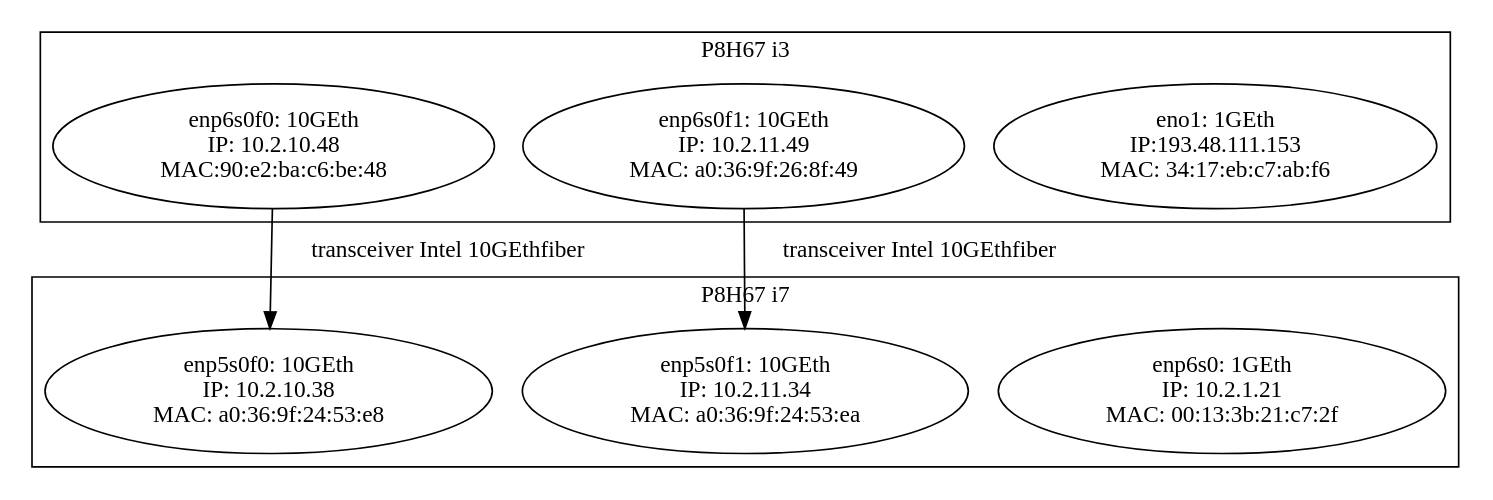
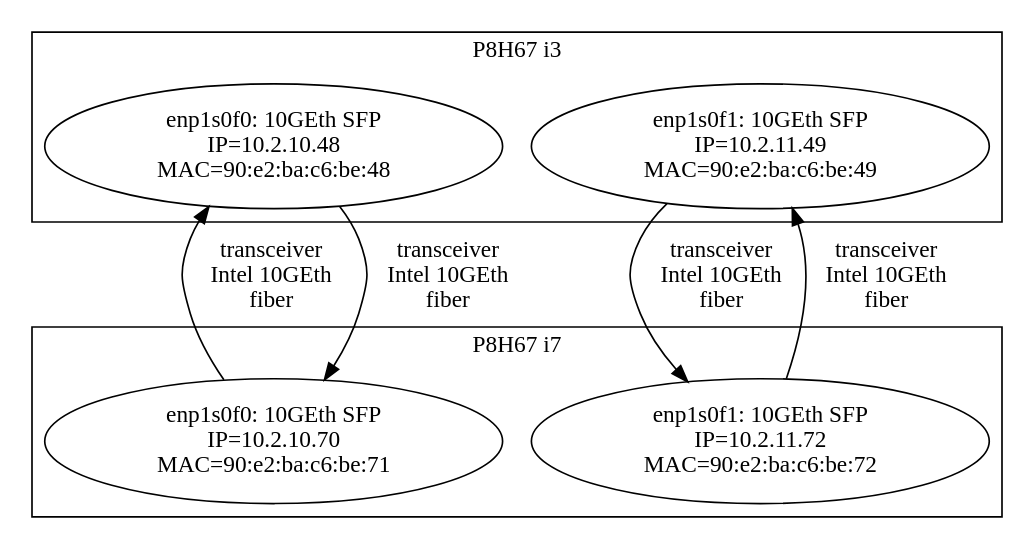
Before and after one commit to AdrielEP/test: the diagram in graph.dot, drawn with Graphviz. The commit also changed 4 other files, not shown here.

```diff
--- a/graph.dot
+++ b/graph.dot
@@ -1,20 +1,19 @@
 digraph REActif_transceiver           
 {
   subgraph cluster_i3
   {label="P8H67 i3"
-	eno1[label="eno1: 1GEth\n IP:193.48.111.153\n MAC: 34:17:eb:c7:ab:f6"]
-	i0f0[label="enp6s0f0: 10GEth\n IP: 10.2.10.48\n MAC:90:e2:ba:c6:be:48"]
-	i0f1[label="enp6s0f1: 10GEth\n IP: 10.2.11.49\n MAC: a0:36:9f:26:8f:49"]
+    i0f0[label="enp1s0f0: 10GEth SFP\n IP=10.2.10.48\n MAC=90:e2:ba:c6:be:48"]
+    i0f1[label="enp1s0f1: 10GEth SFP\n IP=10.2.11.49\n MAC=90:e2:ba:c6:be:49"]
   }//i3
 
   subgraph cluster_i7
   {label="P8H67 i7"
-	enp6s0[label="enp6s0: 1GEth\n IP: 10.2.1.21\n MAC: 00:13:3b:21:c7:2f"]
-	i1f0[label="enp5s0f0: 10GEth\n IP: 10.2.10.38\n MAC: a0:36:9f:24:53:e8"]
-	i1f1[label="enp5s0f1: 10GEth\n IP: 10.2.11.34\n MAC: a0:36:9f:24:53:ea"]
+    i1f0[label="enp1s0f0: 10GEth SFP\n IP=10.2.10.70\n MAC=90:e2:ba:c6:be:71"]
+    i1f1[label="enp1s0f1: 10GEth SFP\n IP=10.2.11.72\n MAC=90:e2:ba:c6:be:72"]
   }//i7
 
- i0f0 -> i1f0 [label="transceiver Intel 10GEth\fiber"]
- i0f1 -> i1f1 [label="transceiver Intel 10GEth\fiber"]
-
+ i0f0 -> i1f0 [label="transceiver\n Intel 10GEth\n fiber"]
+ i0f1 -> i1f1 [label="transceiver\n Intel 10GEth\n fiber"]
+ i1f0 -> i0f0 [label="transceiver\n Intel 10GEth\n fiber"]
+ i1f1 -> i0f1 [label="transceiver\n Intel 10GEth\n fiber"]
 }
```
